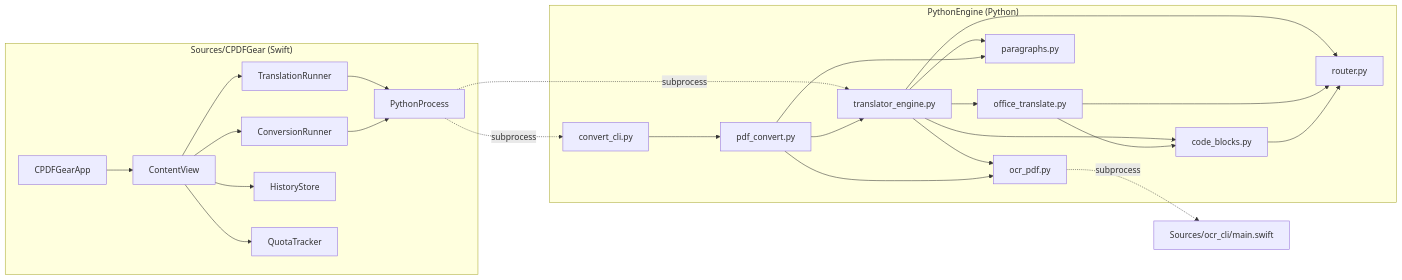
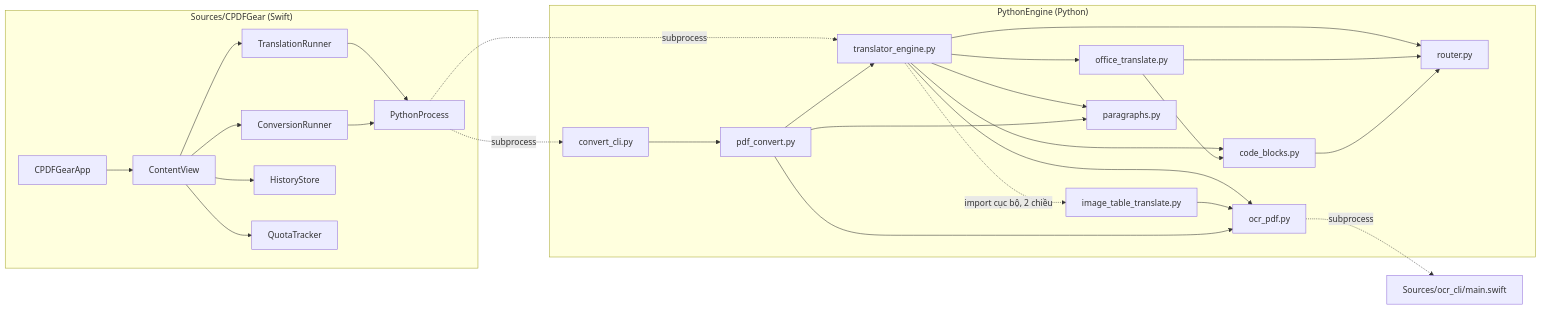
The diagram in SKELETON.md (cuonghm89/doctools), drawn with Mermaid before and after one commit. The commit also changed other lines of this file and 5 other files, not shown here.

````diff
--- a/SKELETON.md
+++ b/SKELETON.md
@@ -49,47 +50,50 @@
 ```mermaid
 graph LR
     subgraph Swift["Sources/CPDFGear (Swift)"]
         App[CPDFGearApp]
         CV[ContentView]
         TR[TranslationRunner]
         CR[ConversionRunner]
         PP[PythonProcess]
         HS[HistoryStore]
         QT[QuotaTracker]
     end
     OCRCLI["Sources/ocr_cli/main.swift"]
 
     subgraph Python["PythonEngine (Python)"]
         TE[translator_engine.py]
+        ITT[image_table_translate.py]
         OT[office_translate.py]
         PC[pdf_convert.py]
         RO[router.py]
         CB[code_blocks.py]
         PA[paragraphs.py]
         OC[ocr_pdf.py]
         TCLI[convert_cli.py]
     end
 
     App --> CV
     CV --> TR
     CV --> CR
     CV --> HS
     CV --> QT
     TR --> PP
     CR --> PP
     PP -. subprocess .-> TE
     PP -. subprocess .-> TCLI
     TE --> RO
     TE --> CB
     TE --> PA
     TE --> OC
     TE --> OT
+    TE -. import cục bộ, 2 chiều .-> ITT
+    ITT --> OC
     OT --> RO
     OT --> CB
     CB --> RO
     PC --> PA
     PC --> OC
     PC --> TE
     TCLI --> PC
     OC -. subprocess .-> OCRCLI
 ```
````
